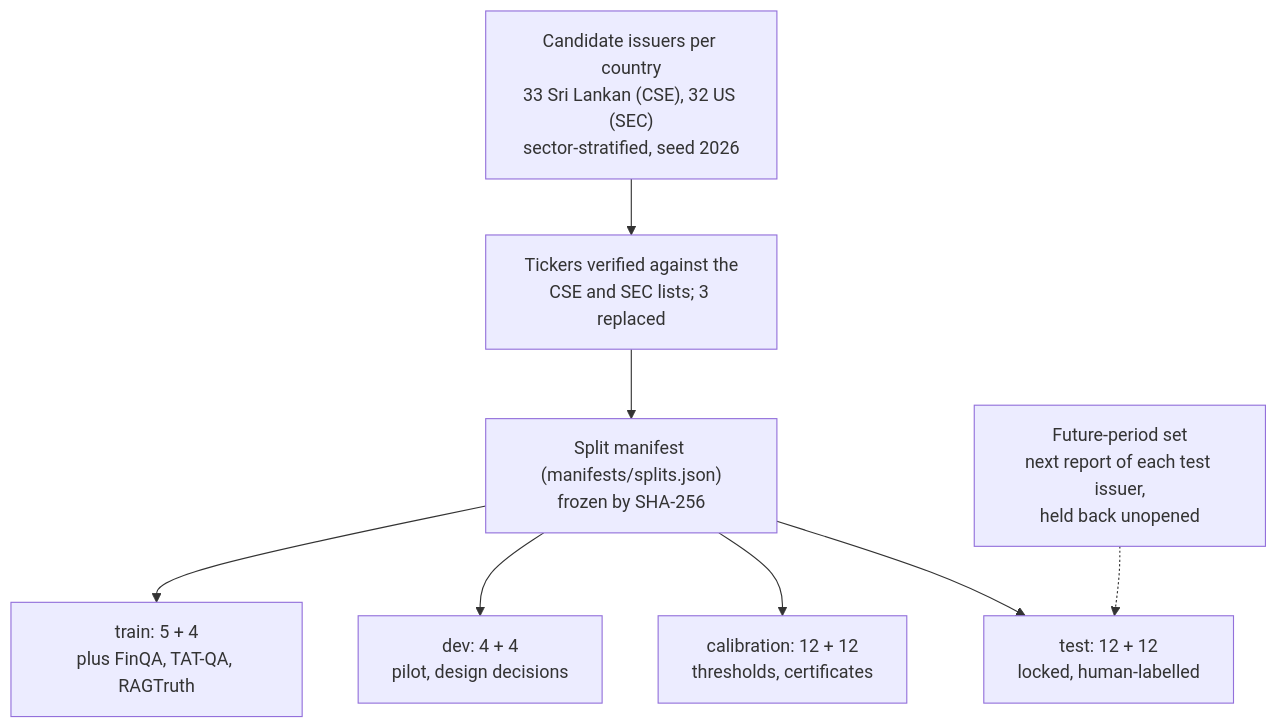
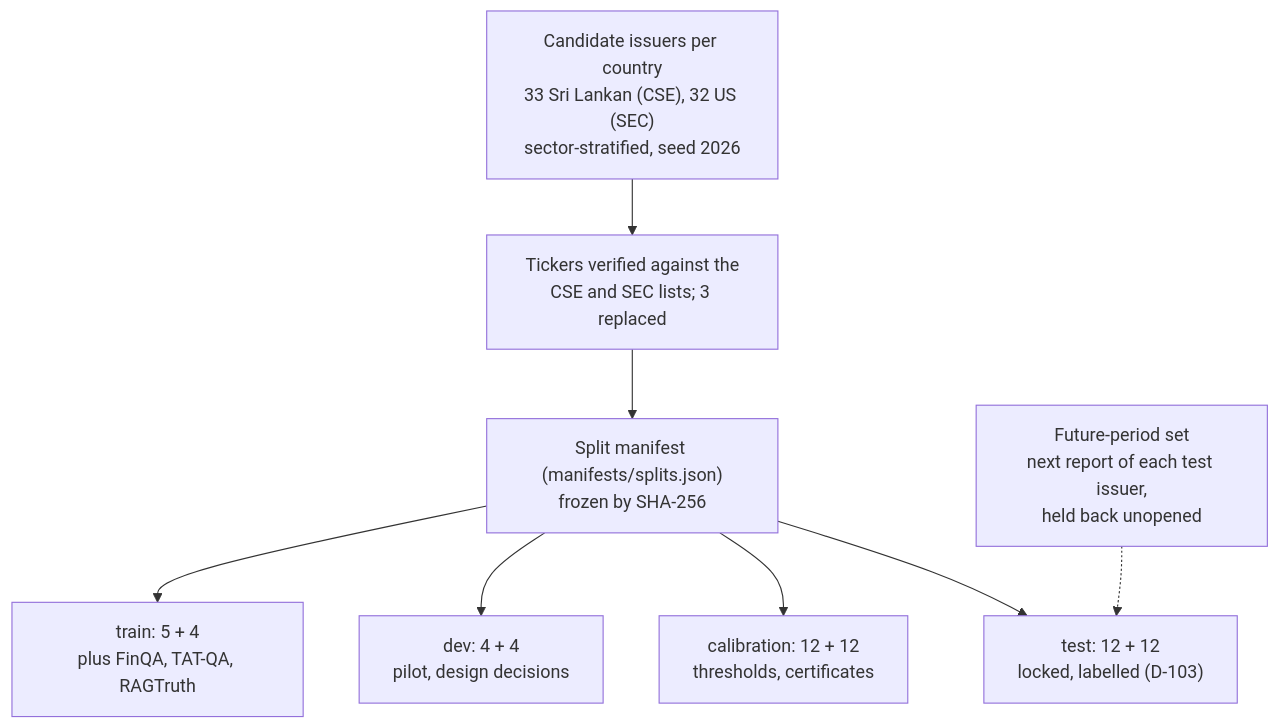
One commit to SharafThawfeek/FaithGurd-new changed the seventh of 32 diagrams in docs/architecture.md. Above: the diagram before and after it, drawn with Mermaid. The commit also changed other lines of this file and 11 other files, not shown here.

````diff
--- a/docs/architecture.md
+++ b/docs/architecture.md
@@ -323,10 +323,10 @@
 ```mermaid
 flowchart TD
     C["Candidate issuers per country<br/>33 Sri Lankan (CSE), 32 US (SEC)<br/>sector-stratified, seed 2026"] --> V["Tickers verified against the<br/>CSE and SEC lists; 3 replaced"]
     V --> S["Split manifest (manifests/splits.json)<br/>frozen by SHA-256"]
-    S --> T["test: 12 + 12<br/>locked, human-labelled"]
+    S --> T["test: 12 + 12<br/>locked, labelled (D-103)"]
     S --> K["calibration: 12 + 12<br/>thresholds, certificates"]
     S --> D["dev: 4 + 4<br/>pilot, design decisions"]
     S --> R["train: 5 + 4<br/>plus FinQA, TAT-QA, RAGTruth"]
     F["Future-period set<br/>next report of each test issuer,<br/>held back unopened"] -.-> T
 ```
````
